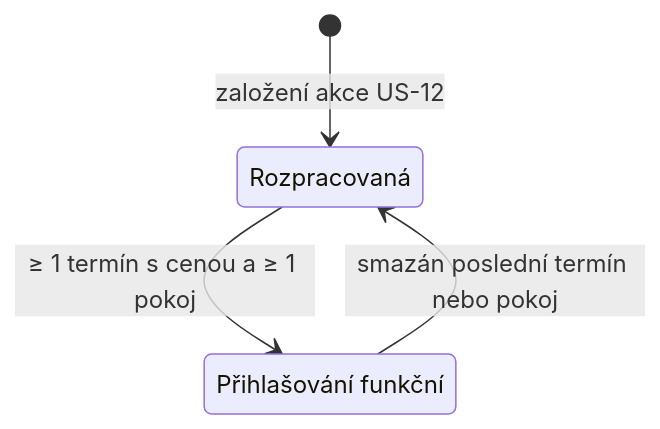
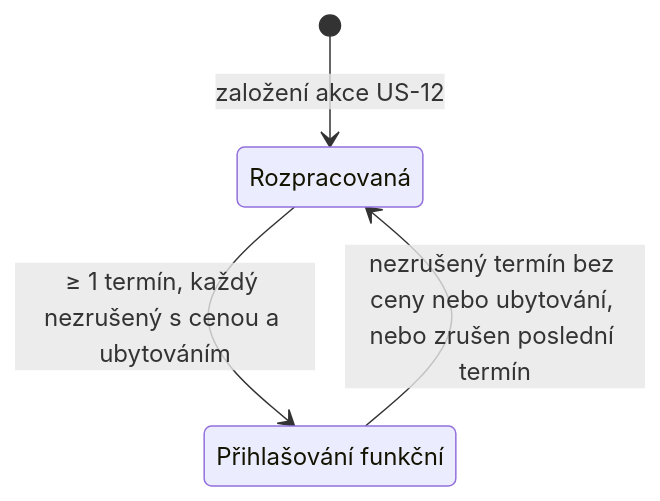
Before and after one commit to applifting-vsecourse/team-1: the fourth of 4 diagrams in docs/SLOVNIK.md, drawn with Mermaid. The commit also changed other lines of this file and 23 other files, not shown here.

````diff
--- a/docs/SLOVNIK.md
+++ b/docs/SLOVNIK.md
@@ -266,9 +290,9 @@
 ```mermaid
 stateDiagram-v2
   state "Rozpracovaná" as rozpracovana
   state "Přihlašování funkční" as funkcni
 
   [*] --> rozpracovana : založení akce US-12
-  rozpracovana --> funkcni : ≥ 1 termín s cenou a ≥ 1 pokoj
-  funkcni --> rozpracovana : smazán poslední termín nebo pokoj
+  rozpracovana --> funkcni : ≥ 1 termín, každý nezrušený s cenou a ubytováním
+  funkcni --> rozpracovana : nezrušený termín bez ceny nebo ubytování, nebo zrušen poslední termín
 ```
````
